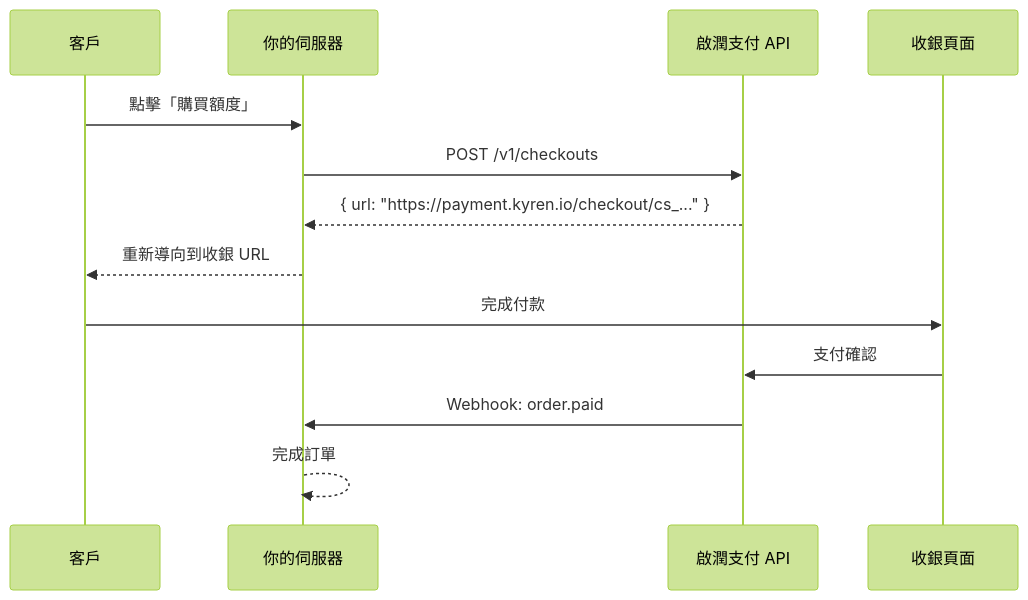
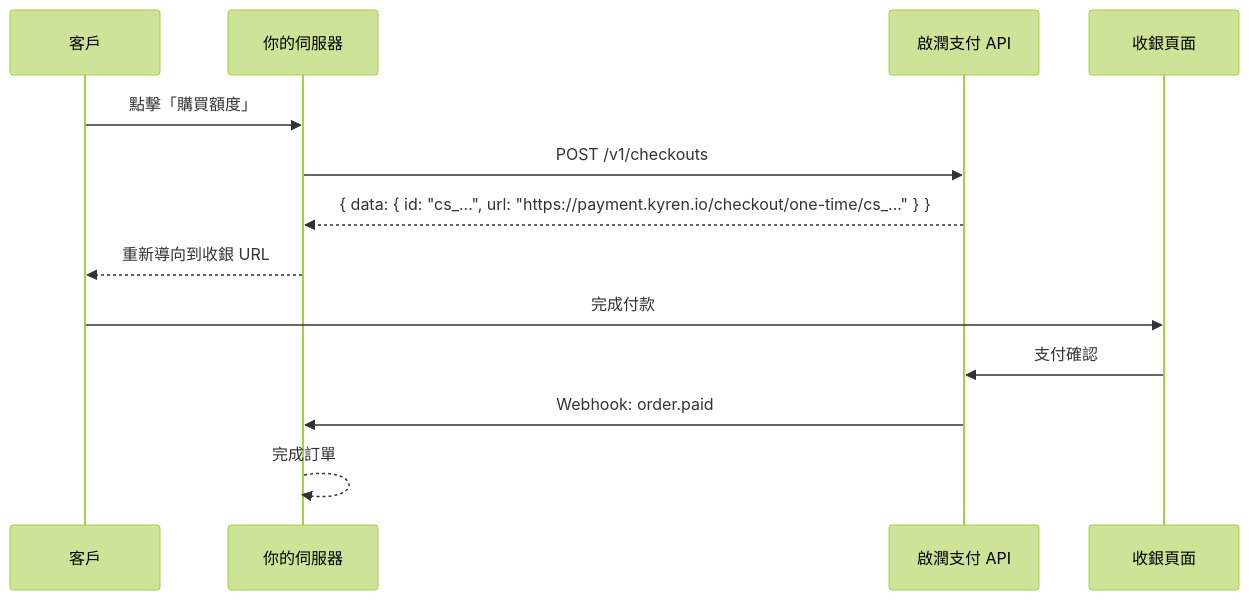
One commit to kyren-network/mintlify-docs changed the diagram in zh-Hant/guides/collect-first-payment.mdx. Above: the diagram before and after it, drawn with Mermaid (forest theme). The commit also changed other lines of this file and 30 other files, not shown here.

````diff
--- a/zh-Hant/guides/collect-first-payment.mdx
+++ b/zh-Hant/guides/collect-first-payment.mdx
@@ -22,16 +24,16 @@
 ```mermaid
 sequenceDiagram
     participant Customer as 客戶
     participant YourServer as 你的伺服器
     participant KyrenPay as 啟潤支付 API
     participant Checkout as 收銀頁面
 
     Customer->>YourServer: 點擊「購買額度」
     YourServer->>KyrenPay: POST /v1/checkouts
-    KyrenPay-->>YourServer: { url: "https://payment.kyren.io/checkout/cs_..." }
+    KyrenPay-->>YourServer: { data: { id: "cs_...", url: "https://payment.kyren.io/checkout/one-time/cs_..." } }
     YourServer-->>Customer: 重新導向到收銀 URL
     Customer->>Checkout: 完成付款
     Checkout->>KyrenPay: 支付確認
     KyrenPay->>YourServer: Webhook: order.paid
     YourServer-->>YourServer: 完成訂單
 ```
````
